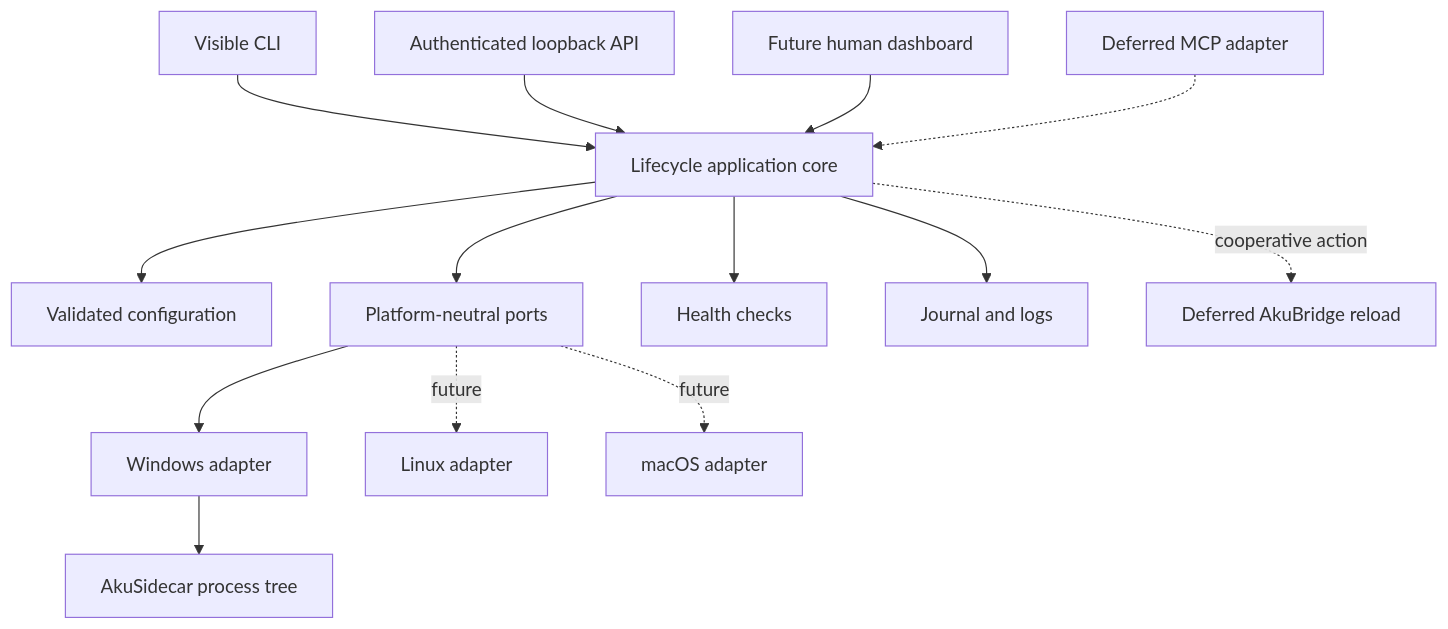
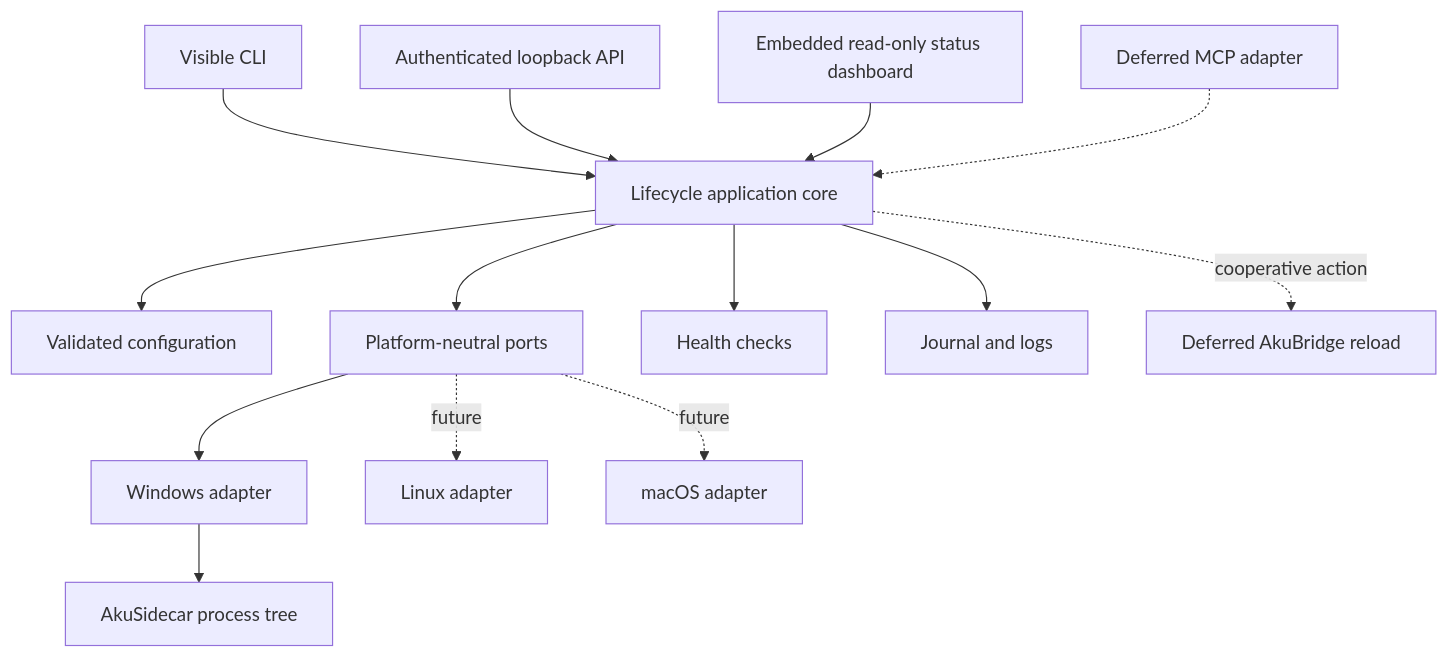
One commit to abangkis/AkuSupervisor changed the diagram in docs/implementation-roadmap.md. Above: the diagram before and after it, drawn with Mermaid. The commit also changed 11 other files, not shown here.

Commit message:
feat: embed status dashboard in Rust control server

````diff
--- a/docs/implementation-roadmap.md
+++ b/docs/implementation-roadmap.md
@@ -43,16 +43,16 @@
 ```mermaid
 flowchart TB
     CLI["Visible CLI"] --> APP["Lifecycle application core"]
     API["Authenticated loopback API"] --> APP
-    UI["Future human dashboard"] --> APP
+    UI["Embedded read-only status dashboard"] --> APP
     MCP["Deferred MCP adapter"] -.-> APP
     APP --> CFG["Validated configuration"]
     APP --> PORTS["Platform-neutral ports"]
     PORTS --> WIN["Windows adapter"]
     PORTS -. future .-> LINUX["Linux adapter"]
     PORTS -. future .-> MAC["macOS adapter"]
     APP --> HEALTH["Health checks"]
     APP --> JOURNAL["Journal and logs"]
     WIN --> SIDE["AkuSidecar process tree"]
     APP -. cooperative action .-> BRIDGE["Deferred AkuBridge reload"]
 ```
````
